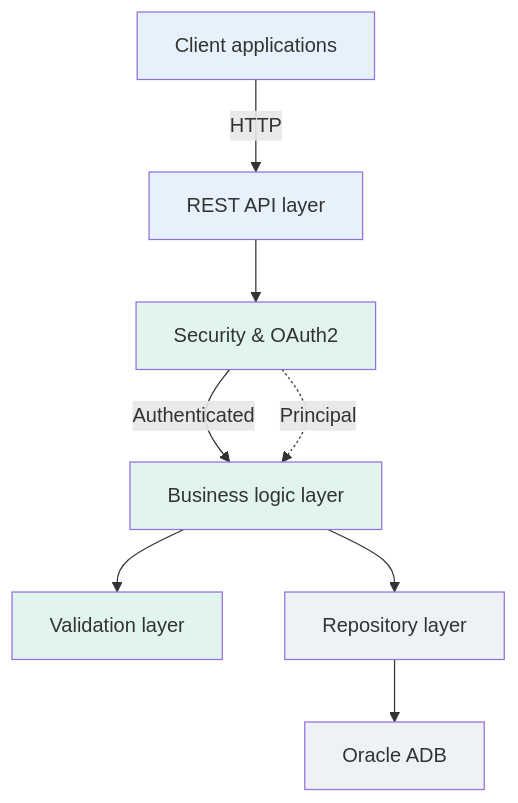
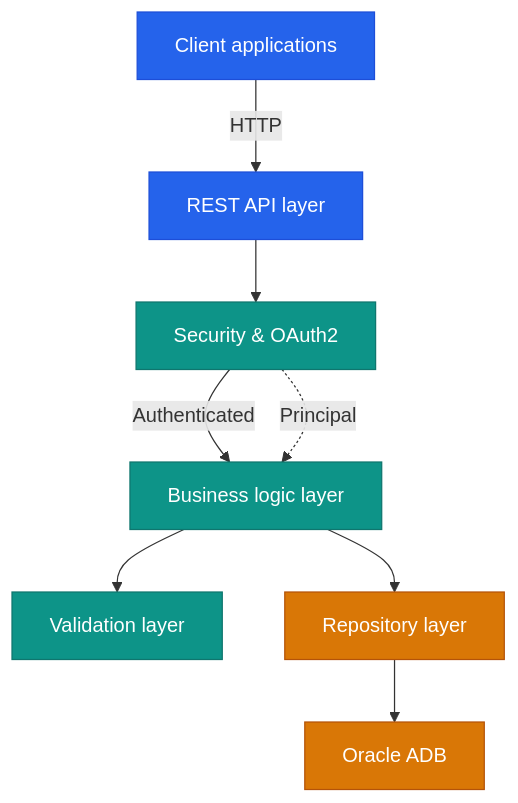
One commit to Keglev/inventory-service changed the first of 4 diagrams in docs/backend/architecture/overview.md. Above: the diagram before and after it, drawn with Mermaid. The commit also changed other lines of this file and 5 other files, not shown here.

Commit message:
changed .css themes for mermaid diagrams and hover effect over text content

````diff
--- a/docs/backend/architecture/overview.md
+++ b/docs/backend/architecture/overview.md
@@ -33,22 +33,22 @@
 ```mermaid
 flowchart TB
   Client["Client applications"]:::controller
   API["REST API layer"]:::controller
   Security["Security & OAuth2"]:::service
   Service["Business logic layer"]:::service
   Validation["Validation layer"]:::service
   Repository["Repository layer"]:::repository
   Database["Oracle ADB"]:::repository
 
   Client -->|HTTP| API
   API --> Security
   Security -->|Authenticated| Service
   Service --> Validation
   Service --> Repository
   Repository --> Database
   Security -.->|Principal| Service
 
-  classDef controller fill:#e6f1fb;
-  classDef service    fill:#e1f5ee;
-  classDef repository fill:#eef2f6;
+  classDef controller fill:#2563eb,color:#fff,stroke:#1d4ed8;
+  classDef service    fill:#0d9488,color:#fff,stroke:#0f766e;
+  classDef repository fill:#d97706,color:#fff,stroke:#b45309;
 ```
````
